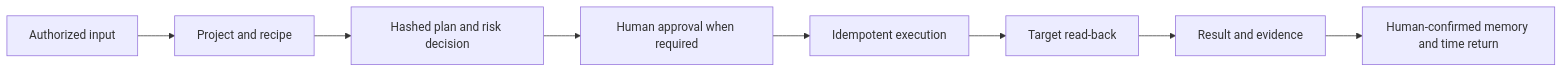
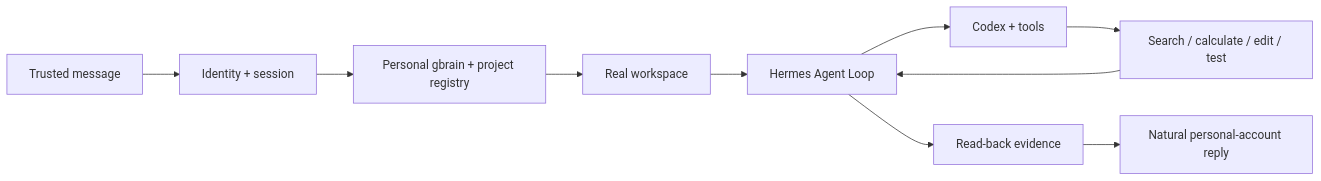
The diagram in docs/en/product-requirements.md (ruiwang20010702/ai-employee), drawn with Mermaid before and after one commit. The commit also changed other lines of this file and 70 other files, not shown here.

````diff
--- a/docs/en/product-requirements.md
+++ b/docs/en/product-requirements.md
@@ -36,10 +15,12 @@
 ```mermaid
 flowchart LR
-    A["Authorized input"] --> B["Project and recipe"]
-    B --> C["Hashed plan and risk decision"]
-    C --> D["Human approval when required"]
-    D --> E["Idempotent execution"]
-    E --> F["Target read-back"]
-    F --> G["Result and evidence"]
-    G --> H["Human-confirmed memory and time return"]
+    A["Trusted message"] --> B["Identity + session"]
+    B --> C["Personal gbrain + project registry"]
+    C --> D["Real workspace"]
+    D --> E["Hermes Agent Loop"]
+    E --> F["Codex + tools"]
+    F --> G["Search / calculate / edit / test"]
+    G --> E
+    E --> H["Read-back evidence"]
+    H --> I["Natural personal-account reply"]
 ```
````
